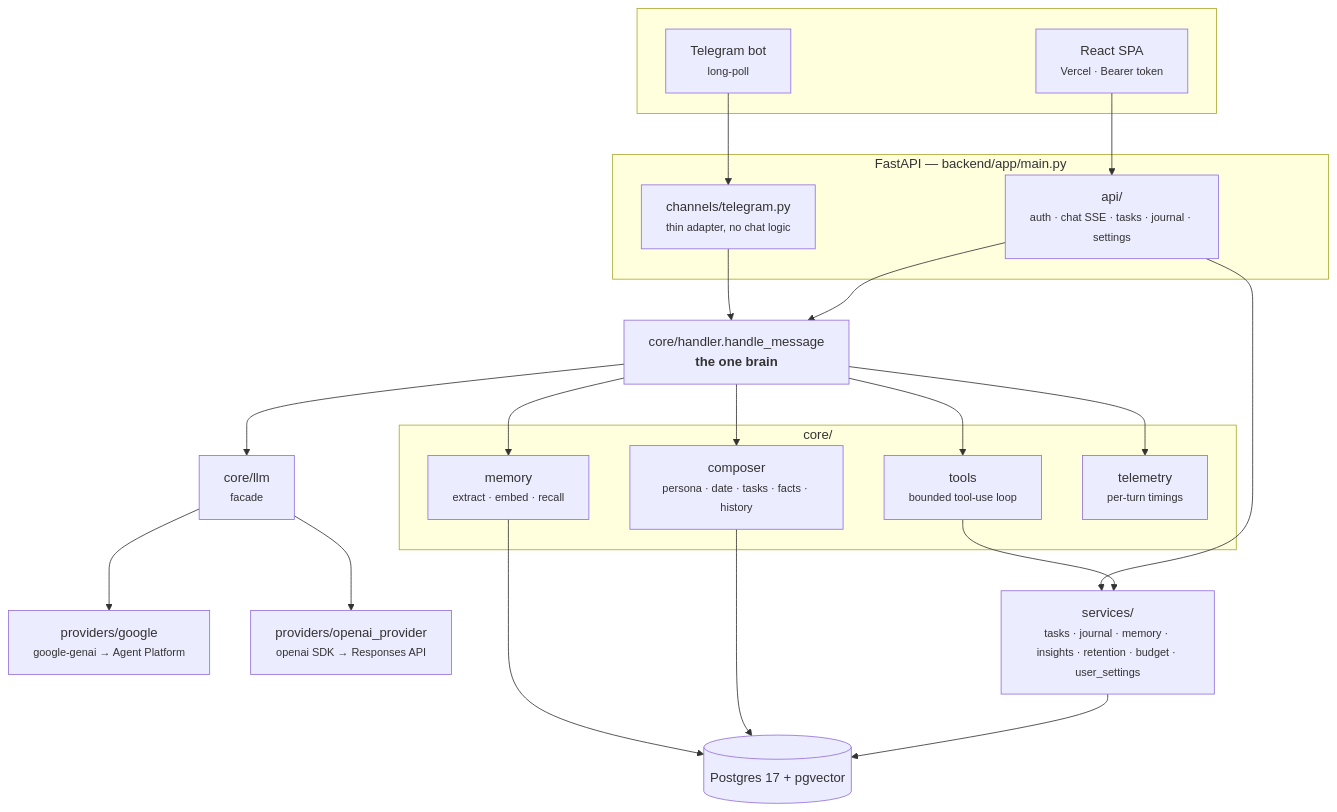
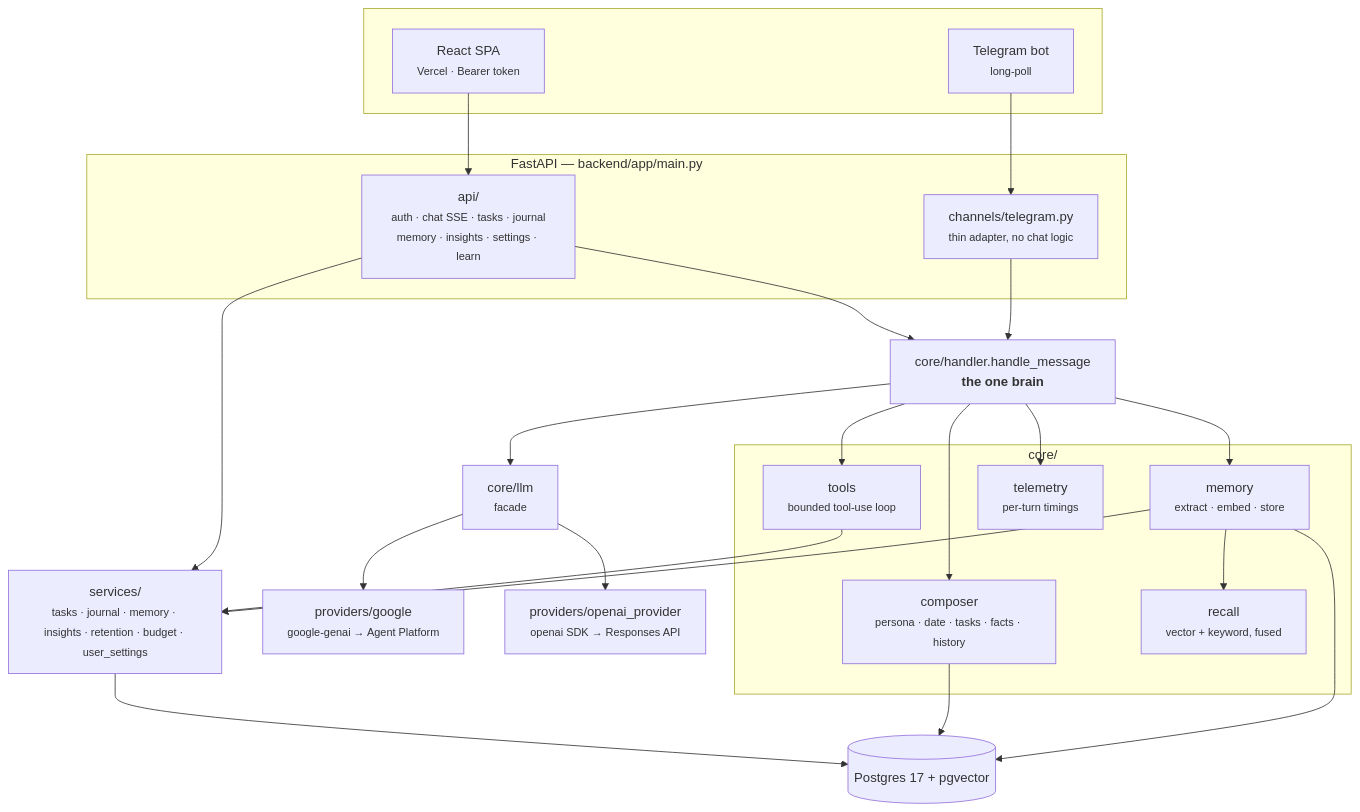
Before and after one commit to narendra632/aceroai: the first of 8 diagrams in docs/ARCHITECTURE.md, drawn with Mermaid. The commit also changed other lines of this file and 4 other files, not shown here.

First line of the commit message:
fix(docs): repair four broken diagrams, and check the rest on every CI run

````diff
--- a/docs/ARCHITECTURE.md
+++ b/docs/ARCHITECTURE.md
@@ -28,38 +28,41 @@
 ```mermaid
 flowchart TB
     subgraph clients [" "]
         SPA["React SPA<br/><small>Vercel · Bearer token</small>"]
         TG["Telegram bot<br/><small>long-poll</small>"]
     end
 
     subgraph api ["FastAPI — backend/app/main.py"]
-        ROUTES["api/<br/><small>auth · chat SSE · tasks · journal · settings</small>"]
+        ROUTES["api/<br/><small>auth · chat SSE · tasks · journal<br/>memory · insights · settings · learn</small>"]
         CHAN["channels/telegram.py<br/><small>thin adapter, no chat logic</small>"]
     end
 
     BRAIN["core/handler.handle_message<br/><b>the one brain</b>"]
 
     subgraph brainparts ["core/"]
         COMP["composer<br/><small>persona · date · tasks · facts · history</small>"]
         TOOLS["tools<br/><small>bounded tool-use loop</small>"]
-        MEM["memory<br/><small>extract · embed · recall</small>"]
+        MEM["memory<br/><small>extract · embed · store</small>"]
+        REC["recall<br/><small>vector + keyword, fused</small>"]
         TEL["telemetry<br/><small>per-turn timings</small>"]
     end
 
     LLM["core/llm<br/><small>facade</small>"]
     GOOG["providers/google<br/><small>google-genai → Agent Platform</small>"]
     OAI["providers/openai_provider<br/><small>openai SDK → Responses API</small>"]
 
     SVC["services/<br/><small>tasks · journal · memory · insights · retention · budget · user_settings</small>"]
     DB[("Postgres 17 + pgvector")]
 
     SPA --> ROUTES --> BRAIN
     TG --> CHAN --> BRAIN
     BRAIN --> COMP & TOOLS & MEM & TEL
+    MEM --> REC
     BRAIN --> LLM --> GOOG & OAI
     TOOLS --> SVC
+    MEM --> SVC
     ROUTES --> SVC
     SVC --> DB
     COMP --> DB
     MEM --> DB
 ```
````
